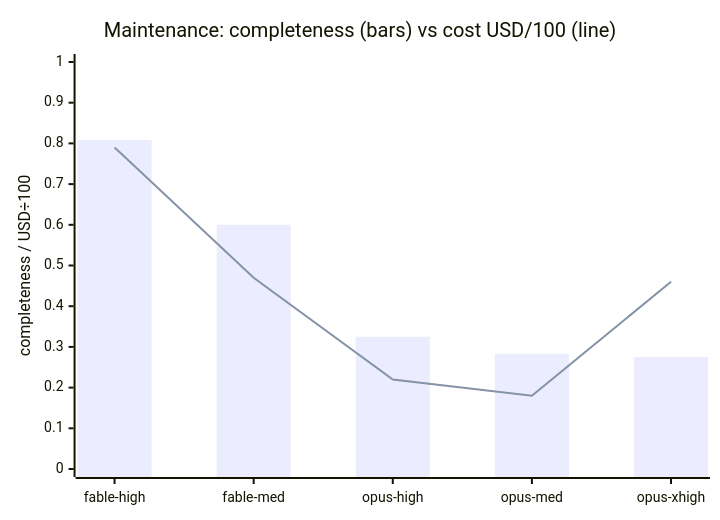
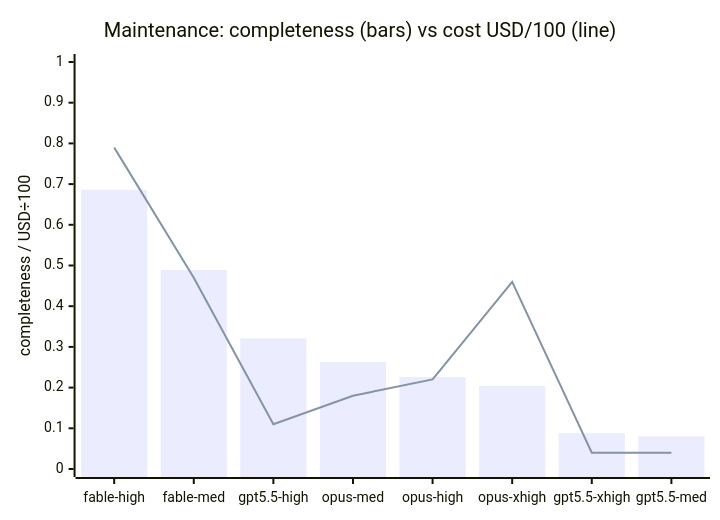
Before and after one commit to korchasa/flowai-experiments: the third of 4 diagrams in agents-comparison/README.md, drawn with Mermaid. The commit also changed other lines of this file and 44 other files, not shown here.

````diff
--- a/agents-comparison/README.md
+++ b/agents-comparison/README.md
@@ -108,8 +116,8 @@
 ```mermaid
 xychart-beta
   title "Maintenance: completeness (bars) vs cost USD/100 (line)"
-  x-axis ["fable-high", "fable-med", "opus-high", "opus-med", "opus-xhigh"]
+  x-axis ["fable-high", "fable-med", "gpt5.5-high", "opus-med", "opus-high", "opus-xhigh", "gpt5.5-xhigh", "gpt5.5-med"]
   y-axis "completeness / USD÷100" 0 --> 1
-  bar [0.808, 0.600, 0.325, 0.283, 0.275]
-  line [0.79, 0.47, 0.22, 0.18, 0.46]
+  bar [0.686, 0.489, 0.321, 0.263, 0.226, 0.204, 0.088, 0.080]
+  line [0.79, 0.47, 0.11, 0.18, 0.22, 0.46, 0.04, 0.04]
 ```
````
